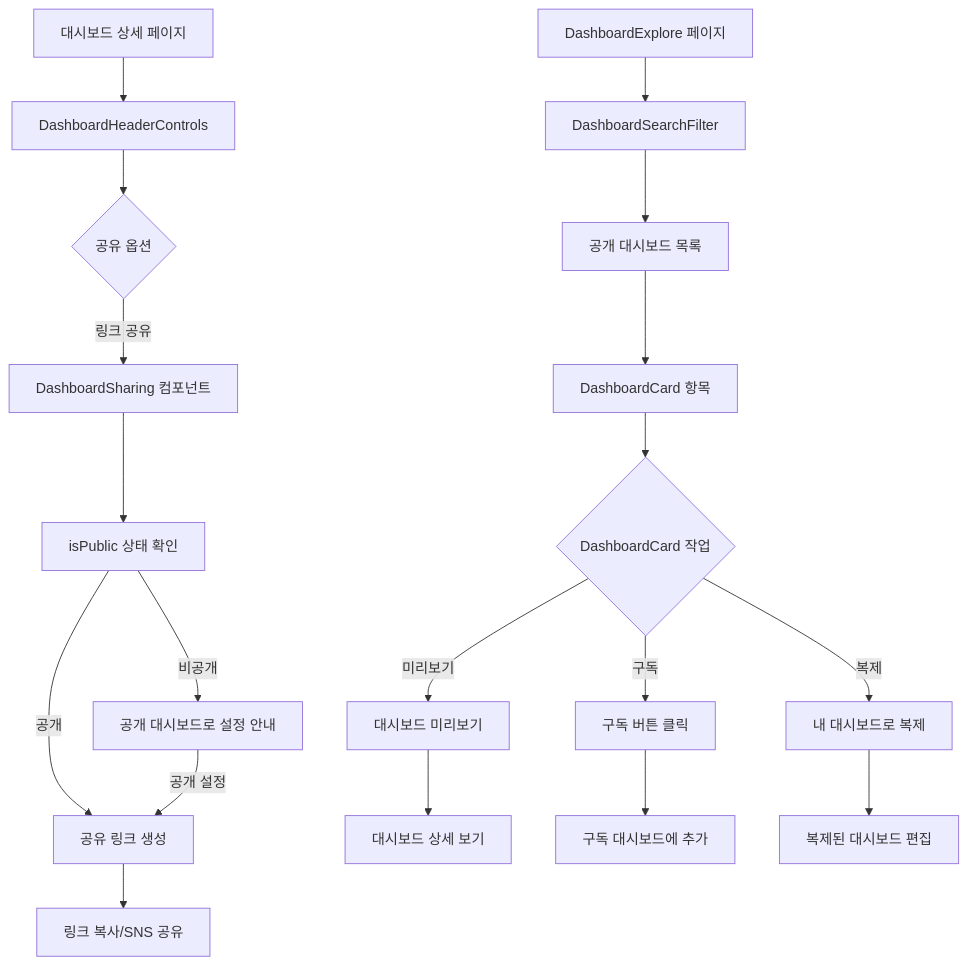
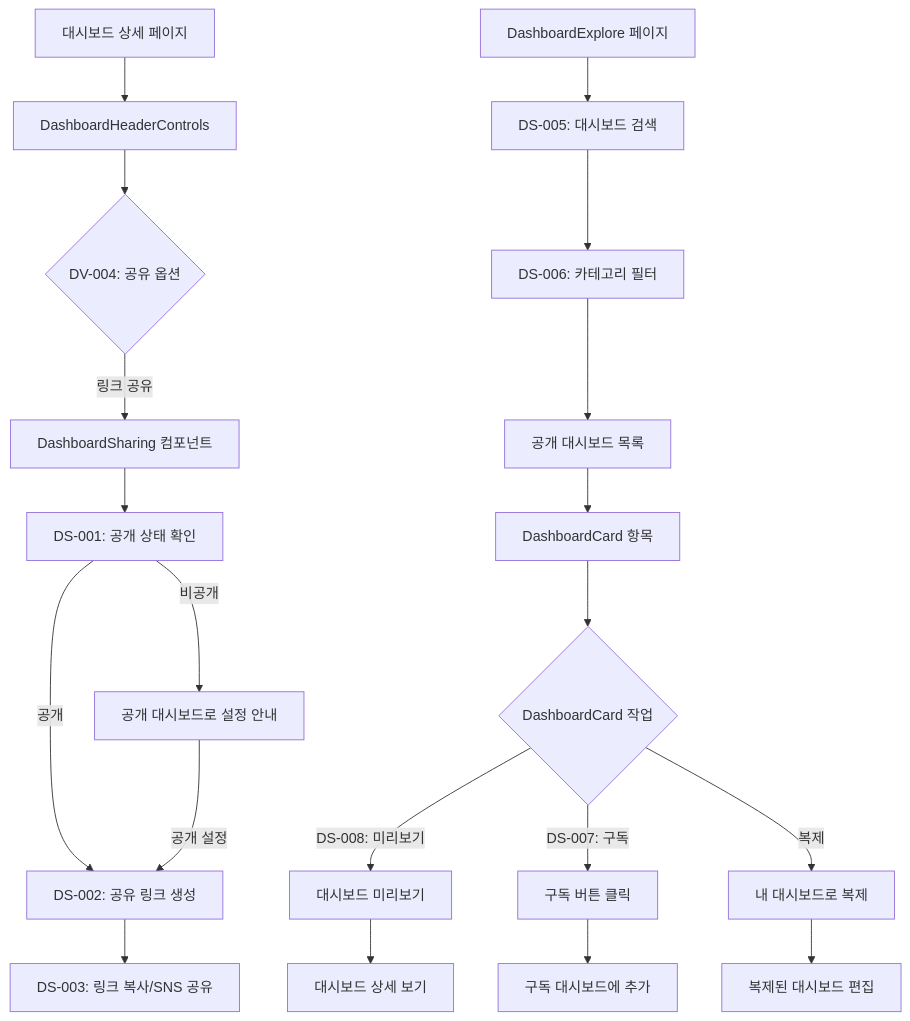
Before and after one commit to Seungwoo321/etorch-docs: diagram 11 of 19 in ui-design/user-flows.md, drawn with Mermaid. The commit also changed other lines of this file, not shown here.

````diff
--- a/ui-design/user-flows.md
+++ b/ui-design/user-flows.md
@@ -504,26 +473,27 @@
 ```mermaid
 flowchart TD
     A[대시보드 상세 페이지] --> B[DashboardHeaderControls]
-    B --> C{공유 옵션}
+    B --> C{DV-004: 공유 옵션}
     C -->|링크 공유| D[DashboardSharing 컴포넌트]
     
-    D --> E[isPublic 상태 확인]
+    D --> E[DS-001: 공개 상태 확인]
     E -->|비공개| F1[공개 대시보드로 설정 안내]
-    E -->|공개| F2[공유 링크 생성]
+    E -->|공개| F2[DS-002: 공유 링크 생성]
     
     F1 -->|공개 설정| F2
-    F2 --> G[링크 복사/SNS 공유]
+    F2 --> G[DS-003: 링크 복사/SNS 공유]
     
-    H[DashboardExplore 페이지] --> I[DashboardSearchFilter]
-    I --> J[공개 대시보드 목록]
-    J --> K[DashboardCard 항목]
+    H[DashboardExplore 페이지] --> I[DS-005: 대시보드 검색]
+    I --> J[DS-006: 카테고리 필터]
+    J --> K[공개 대시보드 목록]
+    K --> L[DashboardCard 항목]
     
-    K --> L{DashboardCard 작업}
-    L -->|미리보기| M1[대시보드 미리보기]
-    L -->|구독| M2[구독 버튼 클릭]
-    L -->|복제| M3[내 대시보드로 복제]
+    L --> M{DashboardCard 작업}
+    M -->|DS-008: 미리보기| N1[대시보드 미리보기]
+    M -->|DS-007: 구독| N2[구독 버튼 클릭]
+    M -->|복제| N3[내 대시보드로 복제]
     
-    M1 --> N1[대시보드 상세 보기]
-    M2 --> N2[구독 대시보드에 추가]
-    M3 --> N3[복제된 대시보드 편집]
+    N1 --> O1[대시보드 상세 보기]
+    N2 --> O2[구독 대시보드에 추가]
+    N3 --> O3[복제된 대시보드 편집]
 ```
````
